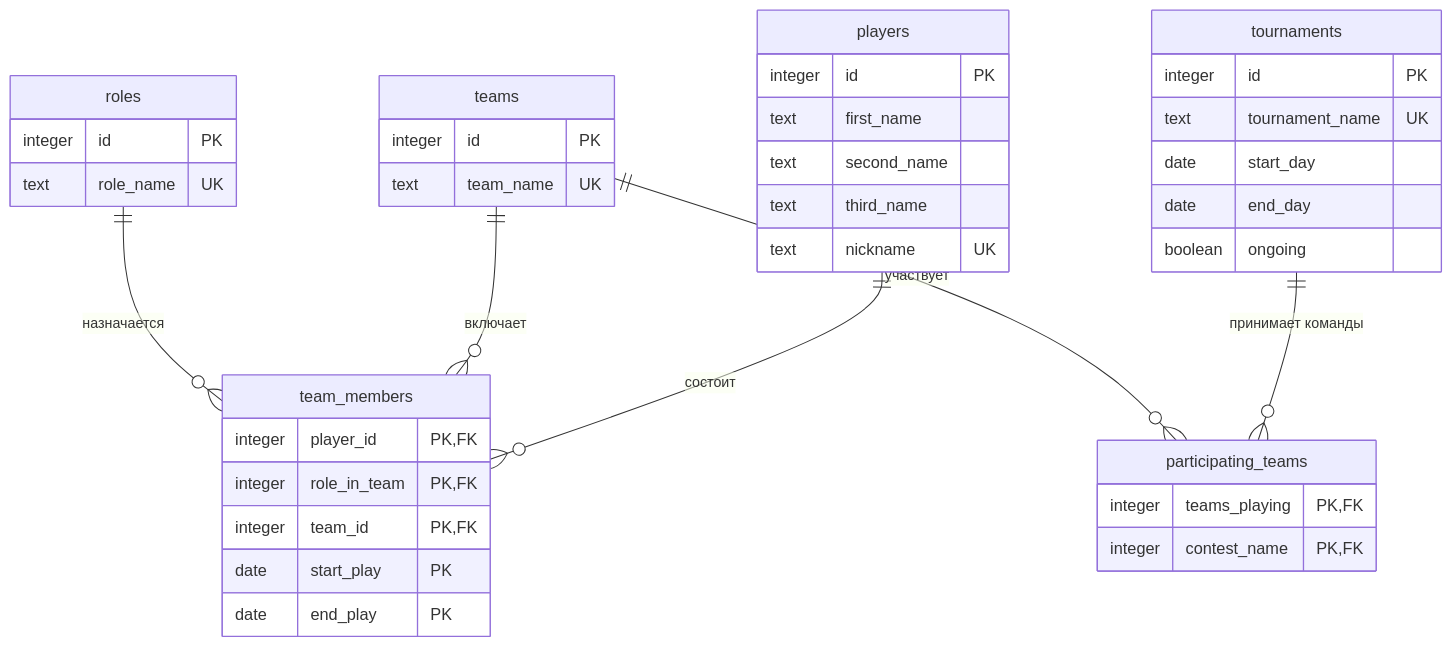
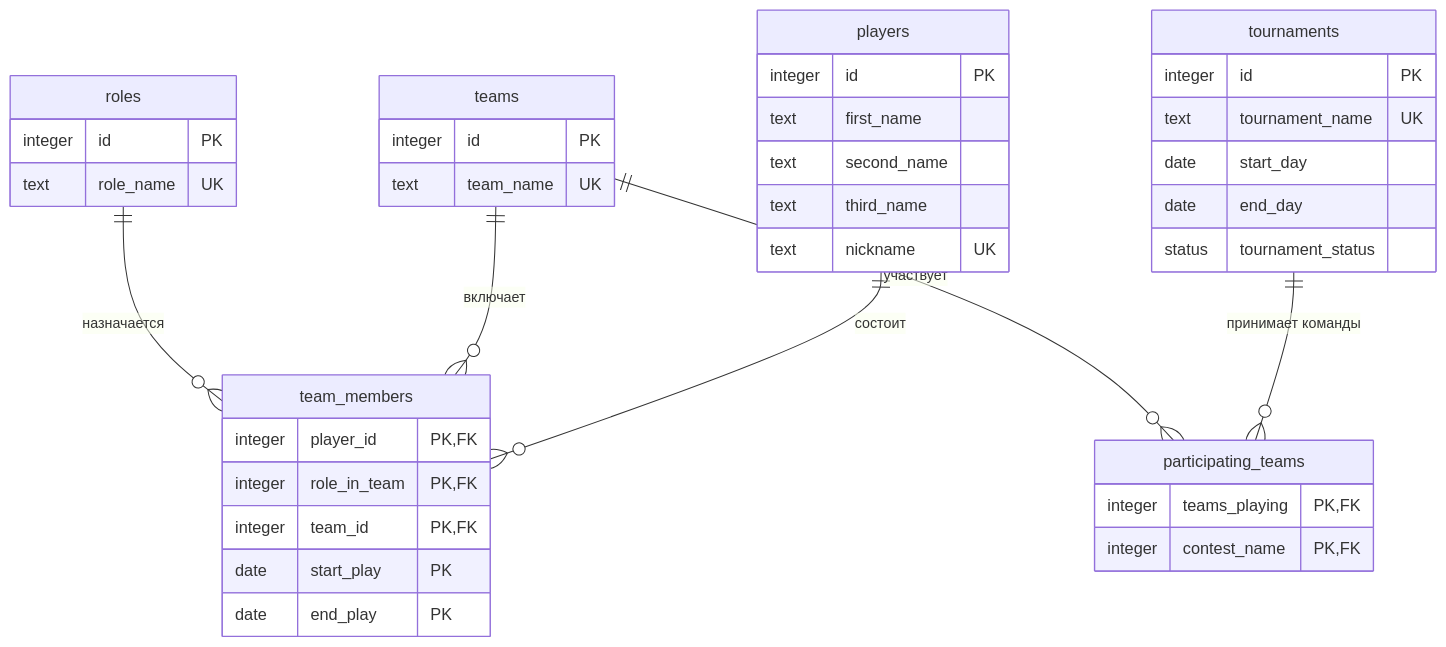
Before and after one commit to ttidalwavess/db_parygina_cybersport: the diagram in README.md, drawn with Mermaid. The commit also changed other lines of this file and 2 other files, not shown here.

````diff
--- a/README.md
+++ b/README.md
@@ -47,47 +47,48 @@
 ```mermaid
 erDiagram
     roles ||--o{ team_members : "назначается"
     teams ||--o{ team_members : "включает"
     players ||--o{ team_members : "состоит"
     teams ||--o{ participating_teams : "участвует"
     tournaments ||--o{ participating_teams : "принимает команды"
+    
 
     roles {
         integer id PK
         text role_name UK
     }
 
     teams {
         integer id PK
         text team_name UK
     }
 
     players {
         integer id PK
         text first_name
         text second_name
         text third_name
         text nickname UK
     }
 
     team_members {
         integer player_id PK, FK
         integer role_in_team PK, FK
         integer team_id PK, FK
         date start_play PK
         date end_play PK
     }
 
     tournaments {
         integer id PK
         text tournament_name UK
         date start_day
         date end_day
-        boolean ongoing
+        status tournament_status
     }
 
     participating_teams {
         integer teams_playing PK, FK
         integer contest_name PK, FK
     }
 ```
````
